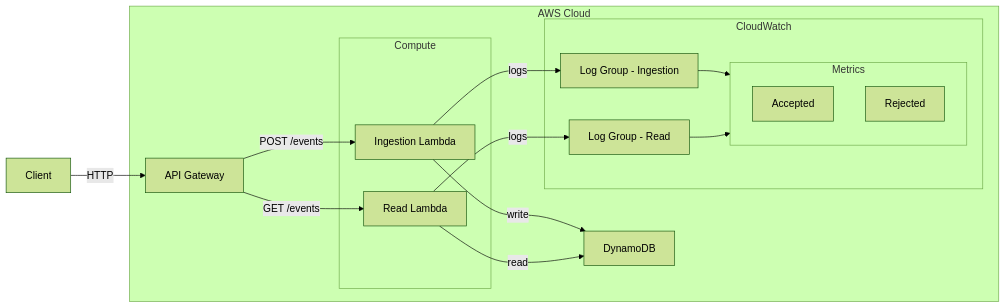
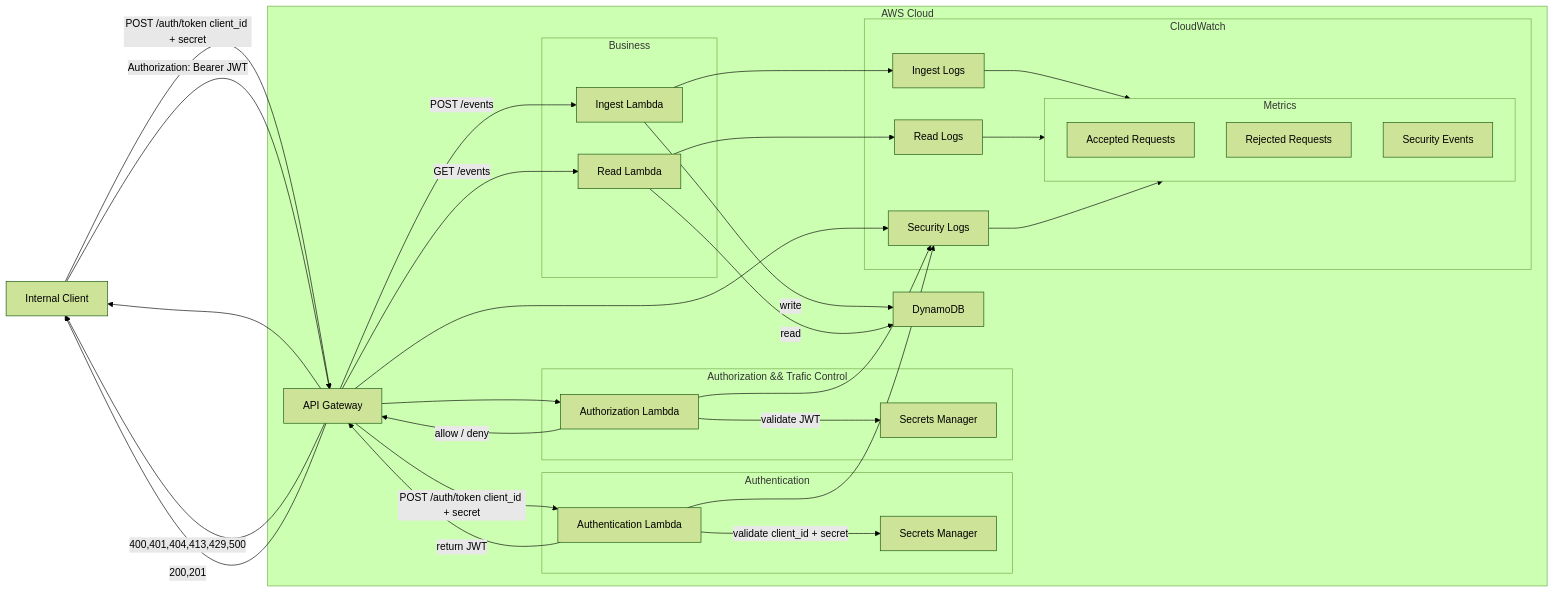
The diagram in docs/architecture/aws-service-mapping.md (Kilianrm/cloud-events-platform), drawn with Mermaid (forest theme) before and after one commit. The commit also changed other lines of this file and 6 other files, not shown here.

Commit message:
doc: update authorization and authentication documentation

````diff
--- a/docs/architecture/aws-service-mapping.md
+++ b/docs/architecture/aws-service-mapping.md
@@ -19,40 +22,88 @@
 ```mermaid
 flowchart LR
-    Client["Client"]
+    Client["Internal Client"]
 
     subgraph AWS["AWS Cloud"]
+
+        %% Single API Gateway
         APIGW["API Gateway"]
         
-        subgraph Compute["Compute"]
-            Ingest["Ingestion Lambda"]
+        ASM["Secrets Manager"]
+
+        %% --- Authentication Flow ---
+        subgraph AuthFlow["Authentication"]
+            JWTI["Authentication Lambda"]
+            ASM["Secrets Manager"]
+        end
+
+        %% --- Authorization Flow ---
+        subgraph AuthoFlow["Authorization && Trafic Control"]
+            LAW["Authorization Lambda"]
+            ASMB["Secrets Manager"]
+
+        end
+
+        %% --- Business Flow ---
+        subgraph BizFlow["Business"]
+            
+            Ingest["Ingest Lambda"]
             Read["Read Lambda"]
         end
 
+        %% Database
         DB["DynamoDB"]
 
-        subgraph CW["CloudWatch"]
-            LG1["Log Group - Ingestion"]
-            LG2["Log Group - Read"]
+        %% Logging & Metrics
+        subgraph Monitoring["CloudWatch"]
+            LGSec["Security Logs"]
+            LG1["Ingest Logs"]
+            LG2["Read Logs"]
 
             subgraph Metrics["Metrics"]
-                Accepted["Accepted"]
-                Rejected["Rejected"]
+                Accepted["Accepted Requests"]
+                Rejected["Rejected Requests"]
+                SecurityEvents["Security Events"]
             end
         end
+
     end
 
-    Client -->|HTTP| APIGW
+    %% --- Authentication Flow ---
+    Client -->|POST /auth/token client_id + secret | APIGW
+    APIGW --> |POST /auth/token client_id + secret | JWTI
+    JWTI -->|validate client_id + secret | ASM
+    JWTI -->|return JWT| APIGW
+    APIGW --> Client
 
+    %% --- Authorization && traffic control ---
+    APIGW --> LAW
+    LAW --> | validate JWT | ASMB
+    LAW -->|allow / deny| APIGW
+
+
+    %% --- Business Flow ---
+    Client -->|Authorization: Bearer JWT| APIGW
+
+
+    %% Possible outcomes
+    APIGW -->|400,401,404,413,429,500| Client
+    APIGW -->|200,201| Client
     APIGW -->|POST /events| Ingest
     APIGW -->|GET /events| Read
 
+    %% Database interactions
     Ingest -->|write| DB
     Read -->|read| DB
 
-    Ingest -->|logs| LG1
-    Read -->|logs| LG2
+    %% Logging
+    APIGW --> LGSec
+    JWTI --> LGSec
+    LAW --> LGSec
+    Ingest --> LG1
+    Read --> LG2
 
+    %% Metrics
     LG1 --> Metrics
     LG2 --> Metrics
-
+    LGSec --> Metrics
 ```
````
